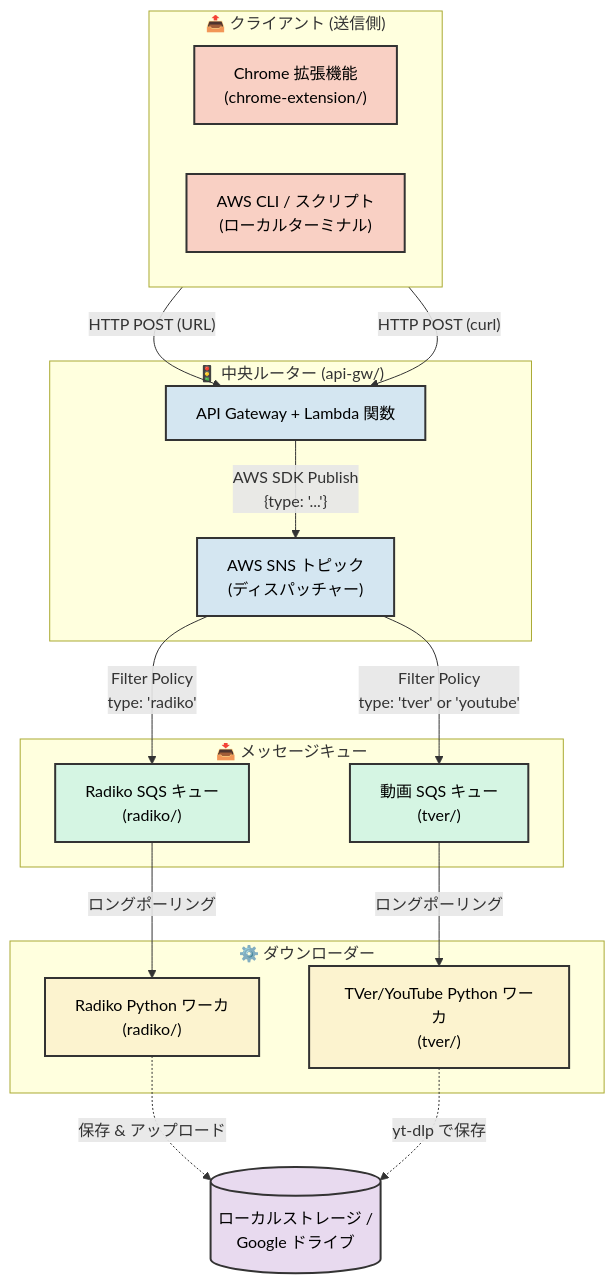
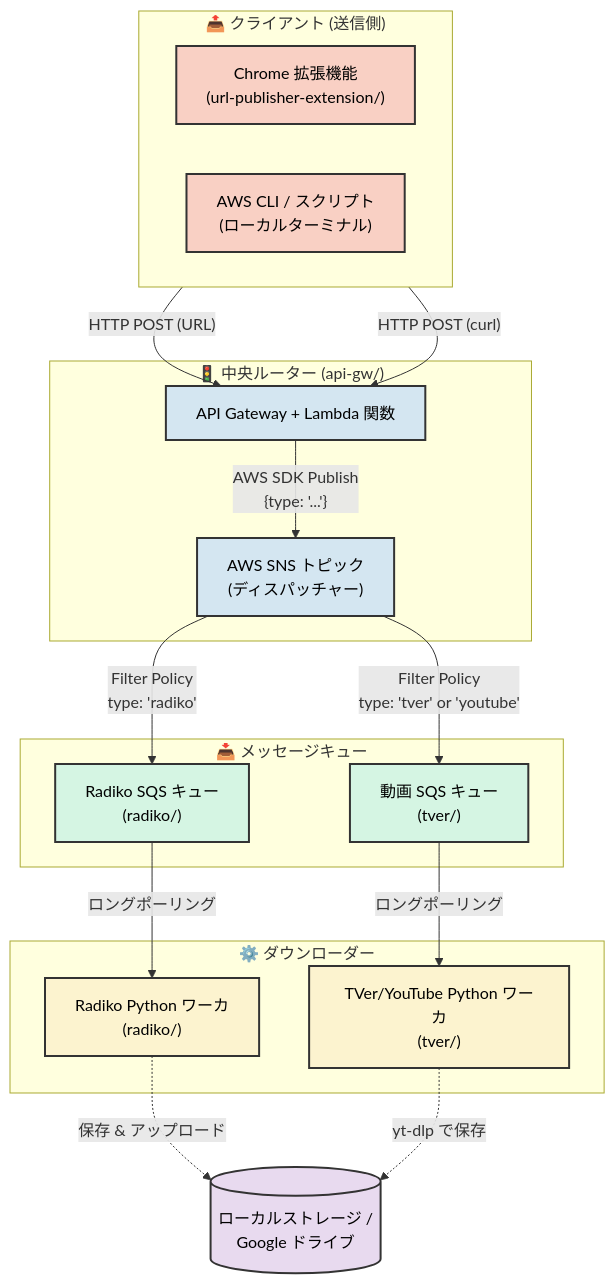
The diagram in README_ja.md (khirata/media-downloader), drawn with Mermaid before and after one commit. The commit also changed other lines of this file and 9 other files, not shown here.

Commit message:
docs: adjust references to url-publisher-extension directory

````diff
--- a/README_ja.md
+++ b/README_ja.md
@@ -10,48 +10,48 @@
 ```mermaid
 graph TD
     classDef client fill:#f9d0c4,stroke:#333,stroke-width:2px,color:#000;
     classDef router fill:#d4e6f1,stroke:#333,stroke-width:2px,color:#000;
     classDef queue fill:#d5f5e3,stroke:#333,stroke-width:2px,color:#000;
     classDef worker fill:#fcf3cf,stroke:#333,stroke-width:2px,color:#000;
     classDef storage fill:#e8daef,stroke:#333,stroke-width:2px,color:#000;
 
     subgraph Clients ["📤 クライアント (送信側)"]
         direction LR
-        EXT["Chrome 拡張機能<br/>(chrome-extension/)"]:::client
+        EXT["Chrome 拡張機能<br/>(url-publisher-extension/)"]:::client
         CLI["AWS CLI / スクリプト<br/>(ローカルターミナル)"]:::client
     end
 
     subgraph Dispatcher ["🚦 中央ルーター (api-gw/)"]
         API["API Gateway + Lambda 関数"]:::router
         SNS["AWS SNS トピック<br/>(ディスパッチャー)"]:::router
     end
 
     subgraph Queues ["📥 メッセージキュー"]
         SQS_R["Radiko SQS キュー<br/>(radiko/)"]:::queue
         SQS_T["動画 SQS キュー<br/>(tver/)"]:::queue
     end
 
     subgraph Workers ["⚙️ ダウンローダー"]
         WORK_R["Radiko Python ワーカ<br/>(radiko/)"]:::worker
         WORK_T["TVer/YouTube Python ワーカ<br/>(tver/)"]:::worker
     end
     
     STORAGE[("ローカルストレージ /<br/>Google ドライブ")]:::storage
 
     %% Client flows
     EXT -->|"HTTP POST (URL)"| API
     CLI -->|"HTTP POST (curl)"| API
     API -->|"AWS SDK Publish<br/>{type: '...'} "| SNS
 
     %% Dispatcher routing based on message attributes/body
     SNS -->|"Filter Policy<br/>type: 'radiko'"| SQS_R
     SNS -->|"Filter Policy<br/>type: 'tver' or 'youtube'"| SQS_T
 
     %% Worker polling
     SQS_R -->|"ロングポーリング"| WORK_R
     SQS_T -->|"ロングポーリング"| WORK_T
 
     %% Final output
     WORK_R -.->|"保存 & アップロード"| STORAGE
     WORK_T -.->|"yt-dlp で保存"| STORAGE
 ```
````
